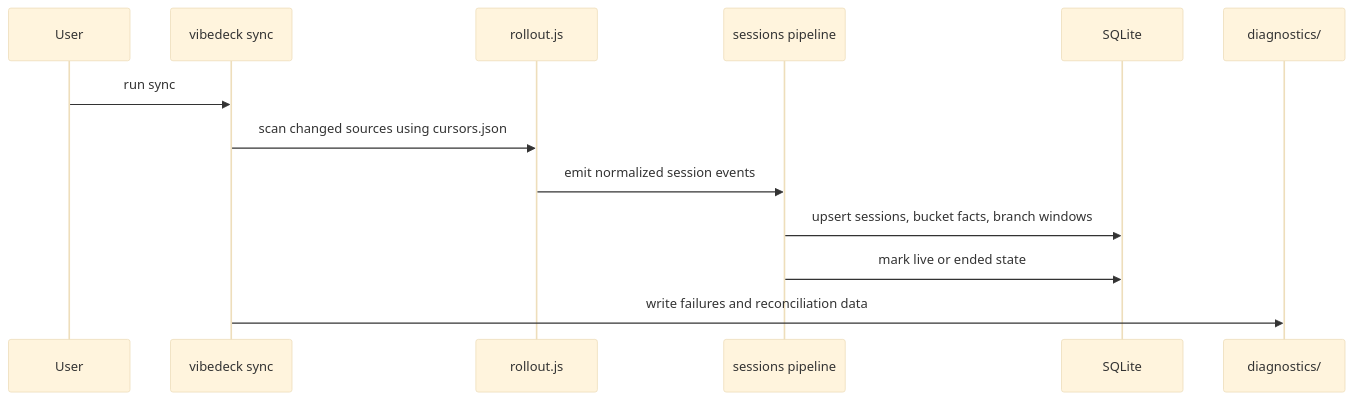
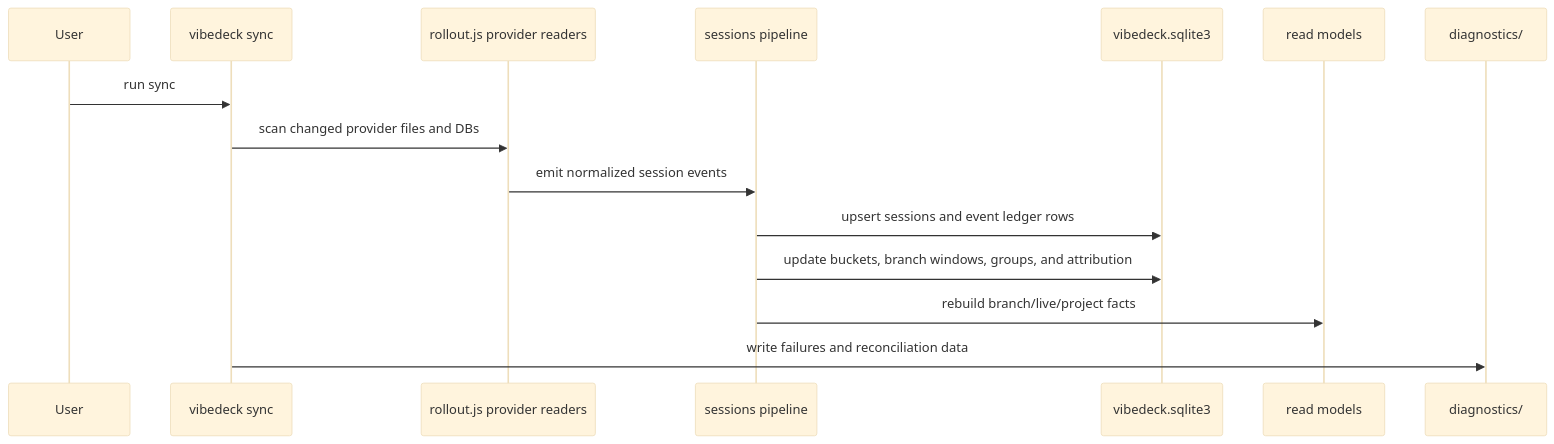
One commit to ivasuy/VibeDeck changed the third of 7 diagrams in docs/ARCHITECTURE.md. Above: the diagram before and after it, drawn with Mermaid (base theme). The commit also changed other lines of this file and 21 other files, not shown here.

Commit message:
docs: refresh app architecture and command surface

````diff
--- a/docs/ARCHITECTURE.md
+++ b/docs/ARCHITECTURE.md
@@ -216,16 +146,18 @@
 ```mermaid
 sequenceDiagram
   participant User
   participant CLI as vibedeck sync
-  participant Parsers as rollout.js
-  participant Sessions as sessions pipeline
-  participant DB as SQLite
+  participant Readers as rollout.js provider readers
+  participant Pipeline as sessions pipeline
+  participant DB as vibedeck.sqlite3
+  participant Projections as read models
   participant Diagnostics as diagnostics/
 
   User->>CLI: run sync
-  CLI->>Parsers: scan changed sources using cursors.json
-  Parsers->>Sessions: emit normalized session events
-  Sessions->>DB: upsert sessions, bucket facts, branch windows
-  Sessions->>DB: mark live or ended state
+  CLI->>Readers: scan changed provider files and DBs
+  Readers->>Pipeline: emit normalized session events
+  Pipeline->>DB: upsert sessions and event ledger rows
+  Pipeline->>DB: update buckets, branch windows, groups, and attribution
+  Pipeline->>Projections: rebuild branch/live/project facts
   CLI->>Diagnostics: write failures and reconciliation data
 ```
````
